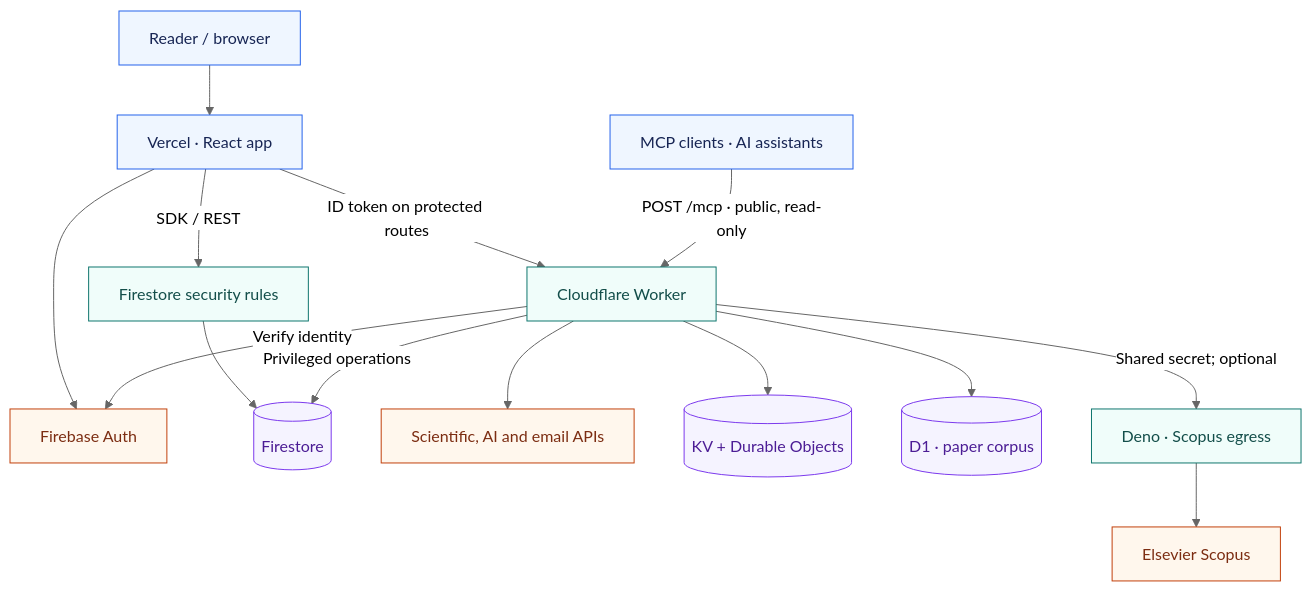
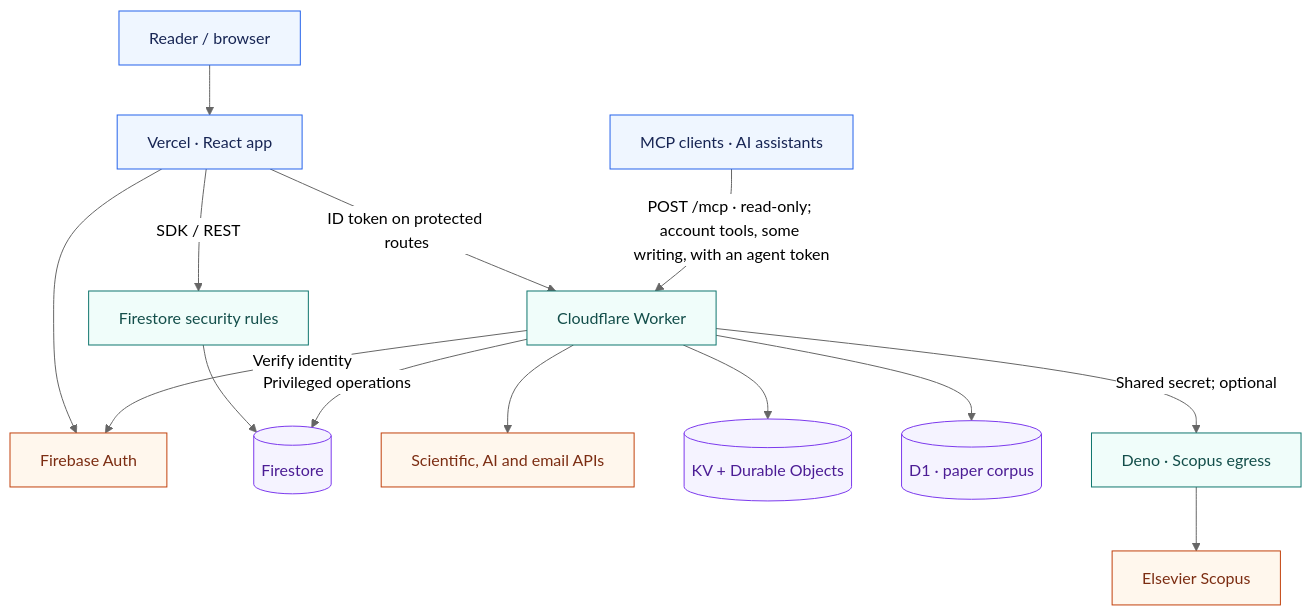
Before and after one commit to mugar123/papertok: the first of 2 diagrams in ARCHITECTURE.md, drawn with Mermaid (neutral theme). The commit also changed other lines of this file and 26 other files, not shown here.

First line of the commit message:
feat(mcp): account tools behind an agent token (ENG-91 phase 2)

````diff
--- a/ARCHITECTURE.md
+++ b/ARCHITECTURE.md
@@ -9,38 +9,38 @@
 ```mermaid
 flowchart TD
     Reader["Reader / browser"]
     Agents["MCP clients · AI assistants"]
     Web["Vercel · React app"]
     Auth["Firebase Auth"]
     Firestore[("Firestore")]
     Rules["Firestore security rules"]
     Worker["Cloudflare Worker"]
     Providers["Scientific, AI and email APIs"]
     State[("KV + Durable Objects")]
     Corpus[("D1 · paper corpus")]
     Egress["Deno · Scopus egress"]
     Scopus["Elsevier Scopus"]
 
     Reader --> Web
     Web --> Auth
     Web -->|"SDK / REST"| Rules
     Rules --> Firestore
     Web -->|"ID token on protected routes"| Worker
-    Agents -->|"POST /mcp · public, read-only"| Worker
+    Agents -->|"POST /mcp · read-only; account tools, some writing, with an agent token"| Worker
     Worker -->|"Verify identity"| Auth
     Worker -->|"Privileged operations"| Firestore
     Worker --> Providers
     Worker --> State
     Worker --> Corpus
     Worker -->|"Shared secret; optional"| Egress
     Egress --> Scopus
 
     classDef client fill:#eff6ff,stroke:#2563eb,color:#172554
     classDef server fill:#f0fdfa,stroke:#0f766e,color:#134e4a
     classDef storage fill:#f5f3ff,stroke:#7c3aed,color:#4c1d95
     classDef external fill:#fff7ed,stroke:#c2410c,color:#7c2d12
     class Reader,Agents,Web client
     class Worker,Egress,Rules server
     class Firestore,State,Corpus storage
     class Auth,Providers,Scopus external
 ```
````
